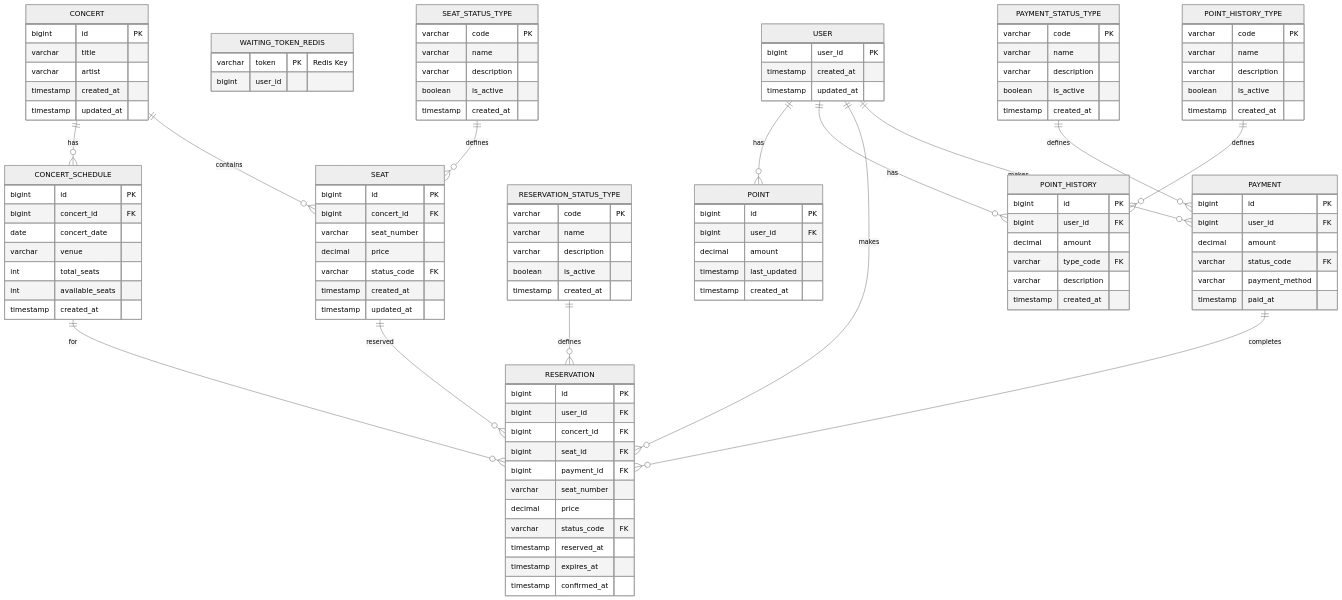
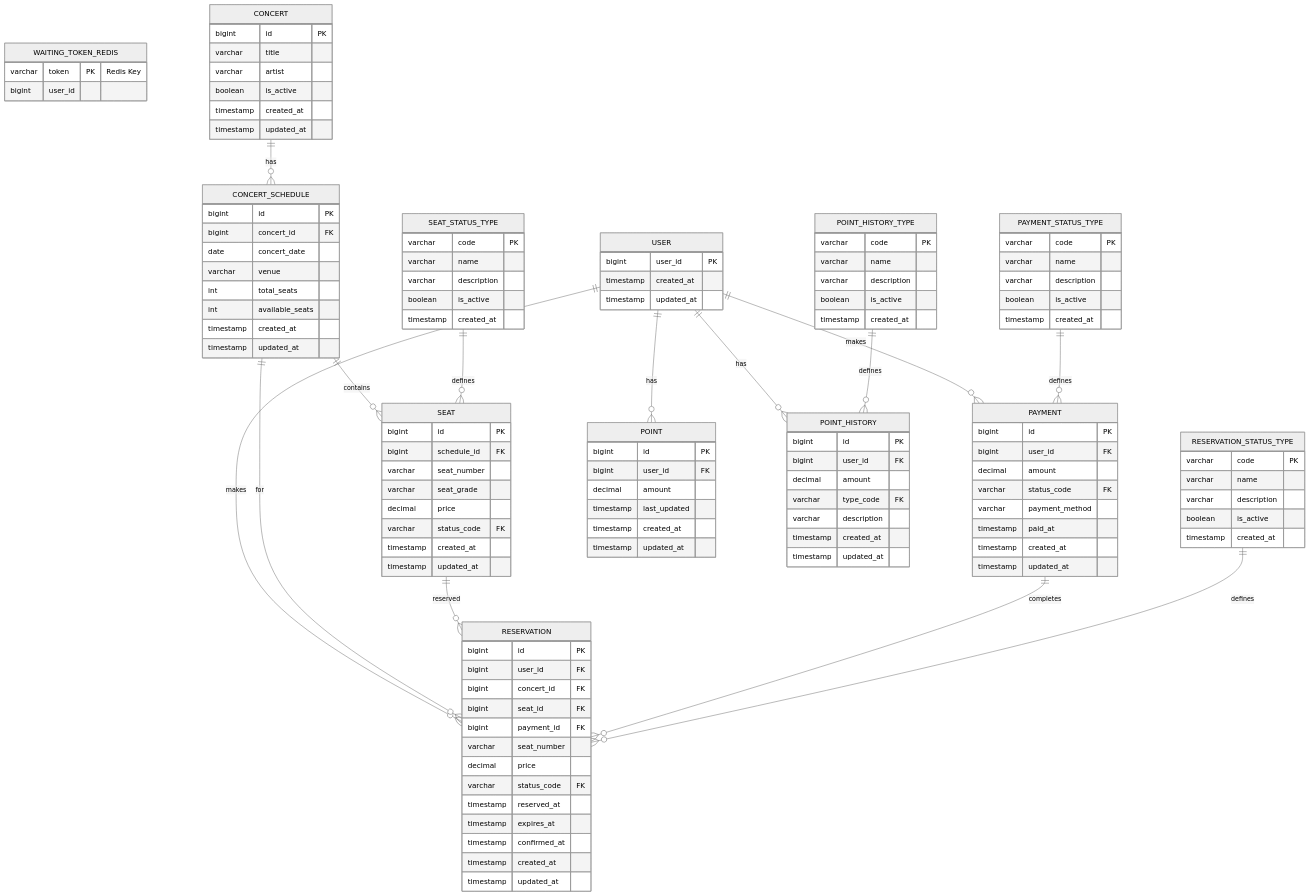
The fifth of 5 diagrams in DB.md (hanghae99-backend/2-SERVICE), drawn with Mermaid (neutral theme) before and after one commit. The commit also changed other lines of this file, not shown here.

Commit message:
docs: erd 업데이트

```diff
--- a/DB.md
+++ b/DB.md
@@ -224,6 +225,7 @@
         bigint id PK
         varchar title
         varchar artist
+        boolean is_active
         timestamp created_at
         timestamp updated_at
     }
@@ -236,12 +238,14 @@
         int total_seats
         int available_seats
         timestamp created_at
+        timestamp updated_at
     }
     
     SEAT {
         bigint id PK
-        bigint concert_id FK
+        bigint schedule_id FK
         varchar seat_number
+        varchar seat_grade
         decimal price
         varchar status_code FK
         timestamp created_at
@@ -268,6 +272,8 @@
         timestamp reserved_at
         timestamp expires_at
         timestamp confirmed_at
+        timestamp created_at
+        timestamp updated_at
     }
     
     RESERVATION_STATUS_TYPE {
@@ -285,6 +291,8 @@
         varchar status_code FK
         varchar payment_method
         timestamp paid_at
+        timestamp created_at
+        timestamp updated_at
     }
     
     PAYMENT_STATUS_TYPE {
@@ -301,6 +309,7 @@
         decimal amount
         timestamp last_updated
         timestamp created_at
+        timestamp updated_at
     }
     
     POINT_HISTORY {
@@ -310,6 +319,7 @@
         varchar type_code FK
         varchar description
         timestamp created_at
+        timestamp updated_at
     }
     
     POINT_HISTORY_TYPE {
@@ -325,7 +335,7 @@
     USER ||--o{ RESERVATION : "makes"
     USER ||--o{ PAYMENT : "makes"
     CONCERT ||--o{ CONCERT_SCHEDULE : "has"
-    CONCERT ||--o{ SEAT : "contains"
+    CONCERT_SCHEDULE ||--o{ SEAT : "contains"
     CONCERT_SCHEDULE ||--o{ RESERVATION : "for"
     SEAT ||--o{ RESERVATION : "reserved"
     PAYMENT ||--o{ RESERVATION : "completes"
```
